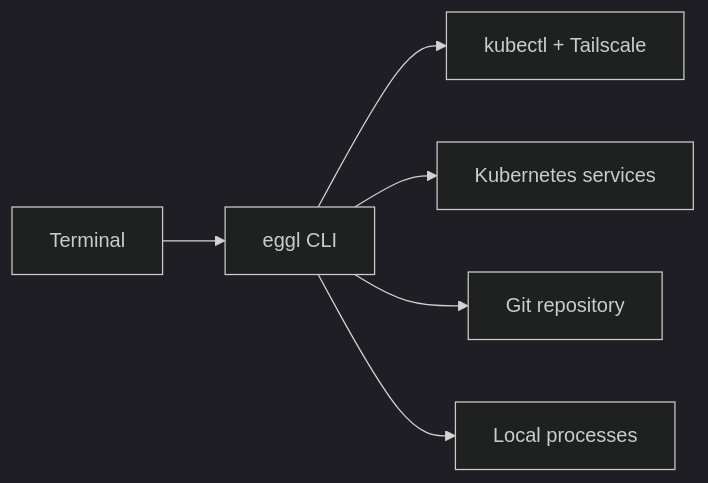
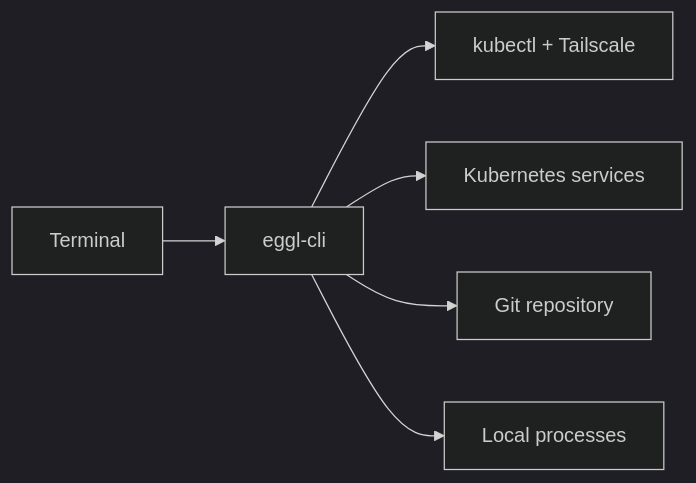
Before and after one commit to Robert27/eggl-cli: the diagram in docs/index.md, drawn with Mermaid (dark theme). The commit also changed other lines of this file and 12 other files, not shown here.

Commit message:
docs: standardize eggl-cli branding

````diff
--- a/docs/index.md
+++ b/docs/index.md
@@ -40,8 +40,8 @@
 ```mermaid
 flowchart LR
-  terminal[Terminal] --> eggl[eggl CLI]
+  terminal[Terminal] --> eggl[eggl-cli]
   eggl --> environment[kubectl + Tailscale]
   eggl --> cluster[Kubernetes services]
   eggl --> repository[Git repository]
   eggl --> local[Local processes]
 ```
````
